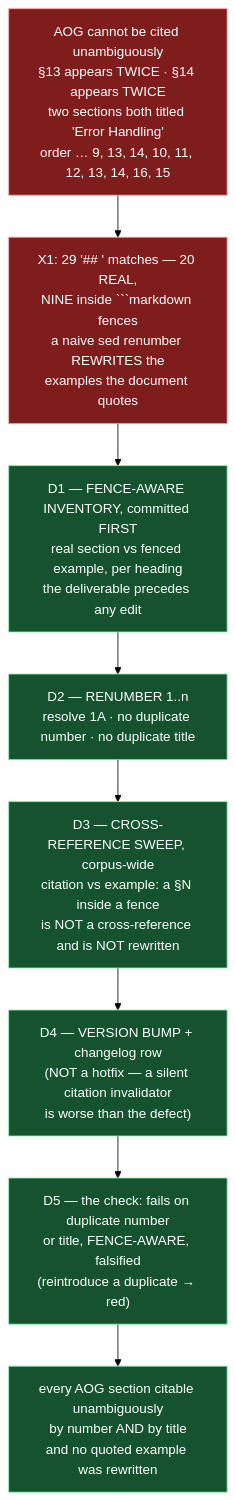
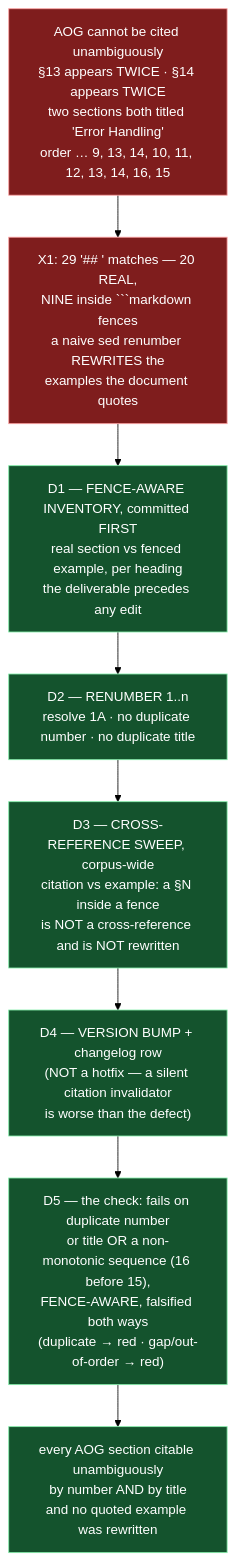
One commit to panchew/ai-project-system changed the diagram in docs/phases/P12__Completion_Fail_Closed_Defaults_and_the_Drivr_MVP/P12-M44-E44.4__spec__aog-renumber-and-sweep.md. Above: the diagram before and after it, drawn with Mermaid (forest theme). The commit also changed other lines of this file and 2 other files, not shown here.

````diff
--- a/docs/phases/P12__Completion_Fail_Closed_Defaults_and_the_Drivr_MVP/P12-M44-E44.4__spec__aog-renumber-and-sweep.md
+++ b/docs/phases/P12__Completion_Fail_Closed_Defaults_and_the_Drivr_MVP/P12-M44-E44.4__spec__aog-renumber-and-sweep.md
@@ -269,32 +282,32 @@
 ```mermaid
 flowchart TB
   DEFECT["AOG cannot be cited unambiguously<br/>§13 appears TWICE · §14 appears TWICE<br/>two sections both titled 'Error Handling'<br/>order … 9, 13, 14, 10, 11, 12, 13, 14, 16, 15"]
 
   X1["X1: 29 '## ' matches — 20 REAL,<br/>NINE inside ```markdown fences<br/>a naive sed renumber REWRITES the<br/>examples the document quotes"]
 
   INV["D1 — FENCE-AWARE INVENTORY, committed FIRST<br/>real section vs fenced example, per heading<br/>the deliverable precedes any edit"]
 
   REN["D2 — RENUMBER 1..n<br/>resolve 1A · no duplicate number · no duplicate title"]
 
   SWEEP["D3 — CROSS-REFERENCE SWEEP, corpus-wide<br/>citation vs example: a §N inside a fence<br/>is NOT a cross-reference and is NOT rewritten"]
 
   BUMP["D4 — VERSION BUMP + changelog row<br/>(NOT a hotfix — a silent citation invalidator<br/>is worse than the defect)"]
 
-  CHECK["D5 — the check: fails on duplicate number<br/>or title, FENCE-AWARE, falsified<br/>(reintroduce a duplicate → red)"]
+  CHECK["D5 — the check: fails on duplicate number<br/>or title OR a non-monotonic sequence (16 before 15),<br/>FENCE-AWARE, falsified both ways<br/>(duplicate → red · gap/out-of-order → red)"]
 
   OUT["every AOG section citable unambiguously<br/>by number AND by title<br/>and no quoted example was rewritten"]
 
   DEFECT --> X1
   X1 --> INV
   INV --> REN
   REN --> SWEEP
   SWEEP --> BUMP
   BUMP --> CHECK
   CHECK --> OUT
 
   classDef defect fill:#7f1d1d,stroke:#fca5a5,color:#fff
   classDef fix fill:#14532d,stroke:#86efac,color:#fff
   classDef hard fill:#1e3a5f,stroke:#93c5fd,color:#fff
   class DEFECT,X1 defect
   class INV,REN,SWEEP,BUMP,CHECK,OUT fix
 ```
````
